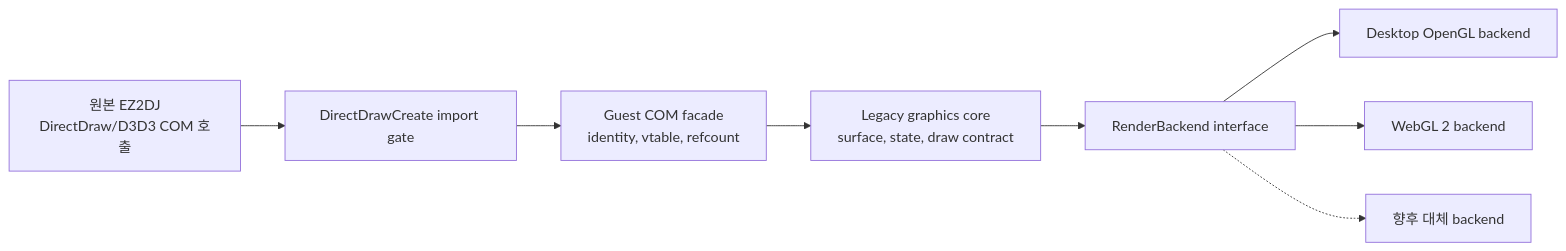
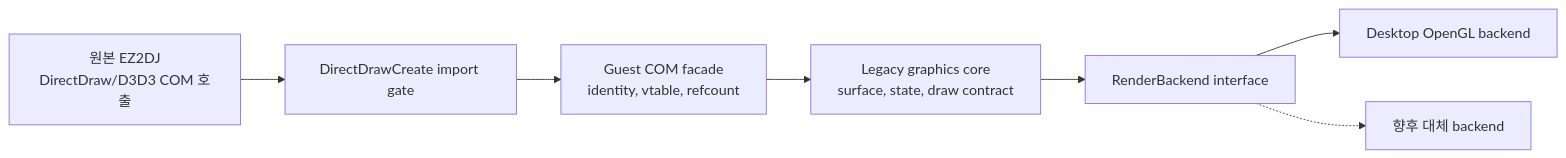
One commit to nworkers/re2DJ changed the first of 2 diagrams in docs/design/20260825-061-direct3d3-opengl-hle.md. Above: the diagram before and after it, drawn with Mermaid. The commit also changed other lines of this file and 173 other files, not shown here.

````diff
--- a/docs/design/20260825-061-direct3d3-opengl-hle.md
+++ b/docs/design/20260825-061-direct3d3-opengl-hle.md
@@ -25,10 +25,9 @@
 ```mermaid
 flowchart LR
     G["원본 EZ2DJ<br/>DirectDraw/D3D3 COM 호출"] --> I["DirectDrawCreate import gate"]
     I --> C["Guest COM facade<br/>identity, vtable, refcount"]
     C --> L["Legacy graphics core<br/>surface, state, draw contract"]
     L --> R["RenderBackend interface"]
     R --> GL["Desktop OpenGL backend"]
-    R --> WG["WebGL 2 backend"]
     R -.-> T["향후 대체 backend"]
 ```
````
